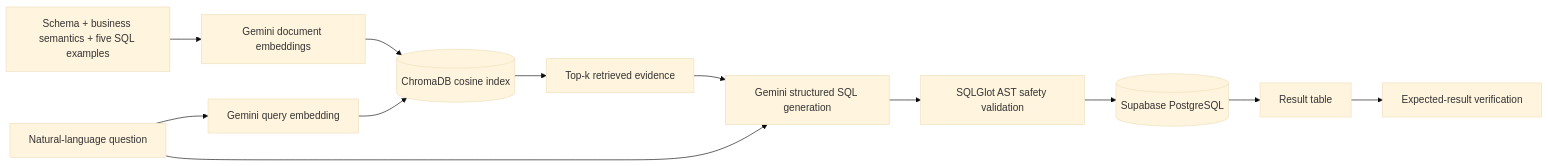
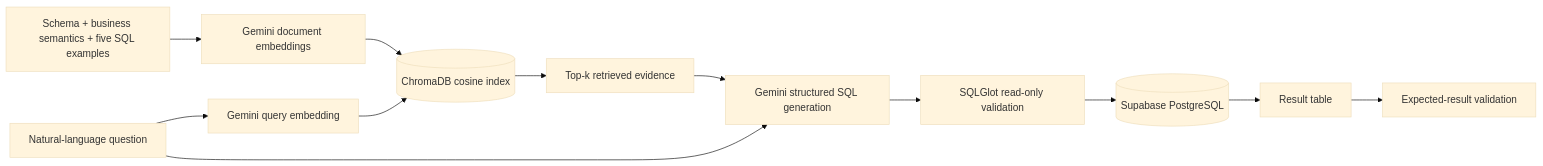
One commit to ThomasXu2026/IDS706-SQL-QUIZ-APP changed the diagram in README.md. Above: the diagram before and after it, drawn with Mermaid (base theme). The commit also changed other lines of this file and 1 other file, not shown here.

````diff
--- a/README.md
+++ b/README.md
@@ -22,14 +246,14 @@
 ```mermaid
 flowchart LR
     Q[Natural-language question] --> QE[Gemini query embedding]
     KB[Schema + business semantics + five SQL examples] --> DE[Gemini document embeddings]
     DE --> C[(ChromaDB cosine index)]
     QE --> C
     C --> R[Top-k retrieved evidence]
     R --> G[Gemini structured SQL generation]
     Q --> G
-    G --> V[SQLGlot AST safety validation]
+    G --> V[SQLGlot read-only validation]
     V --> DB[(Supabase PostgreSQL)]
     DB --> O[Result table]
-    O --> E[Expected-result verification]
+    O --> E[Expected-result validation]
 ```
````
